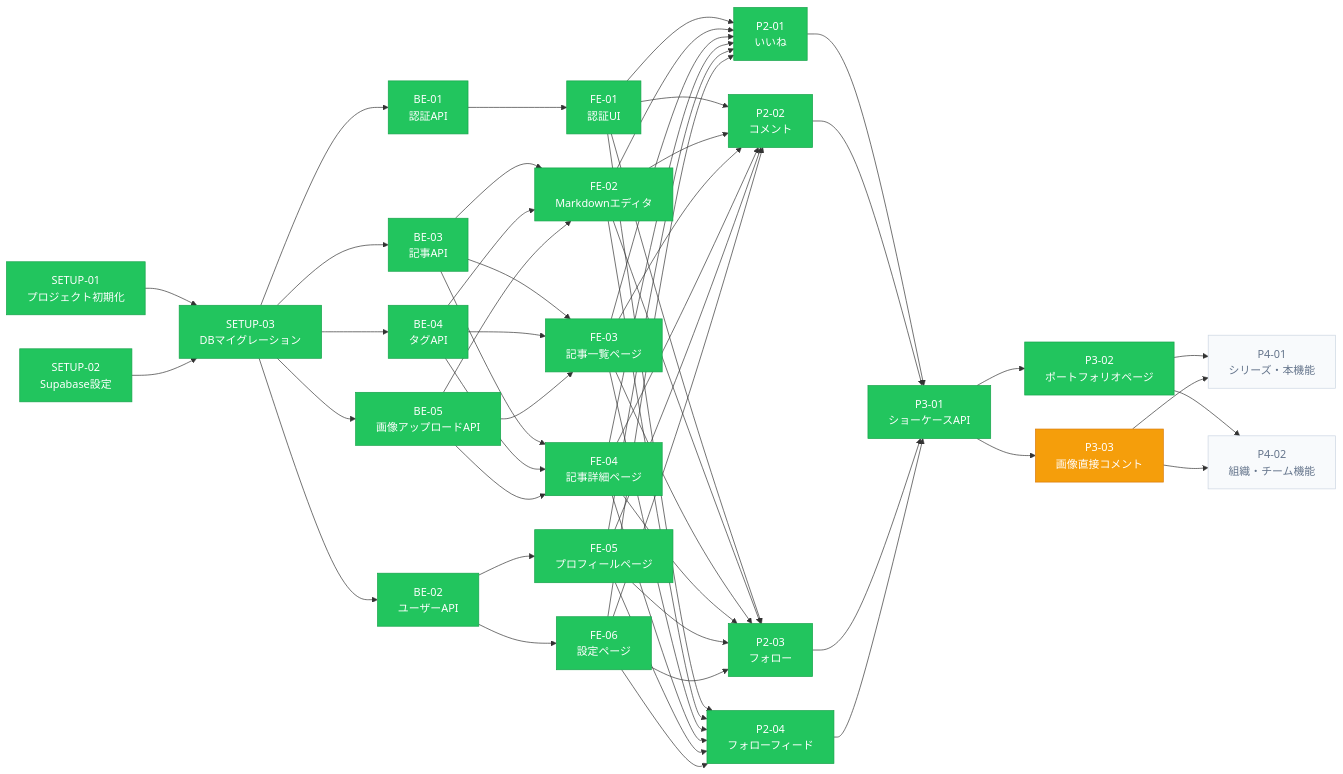
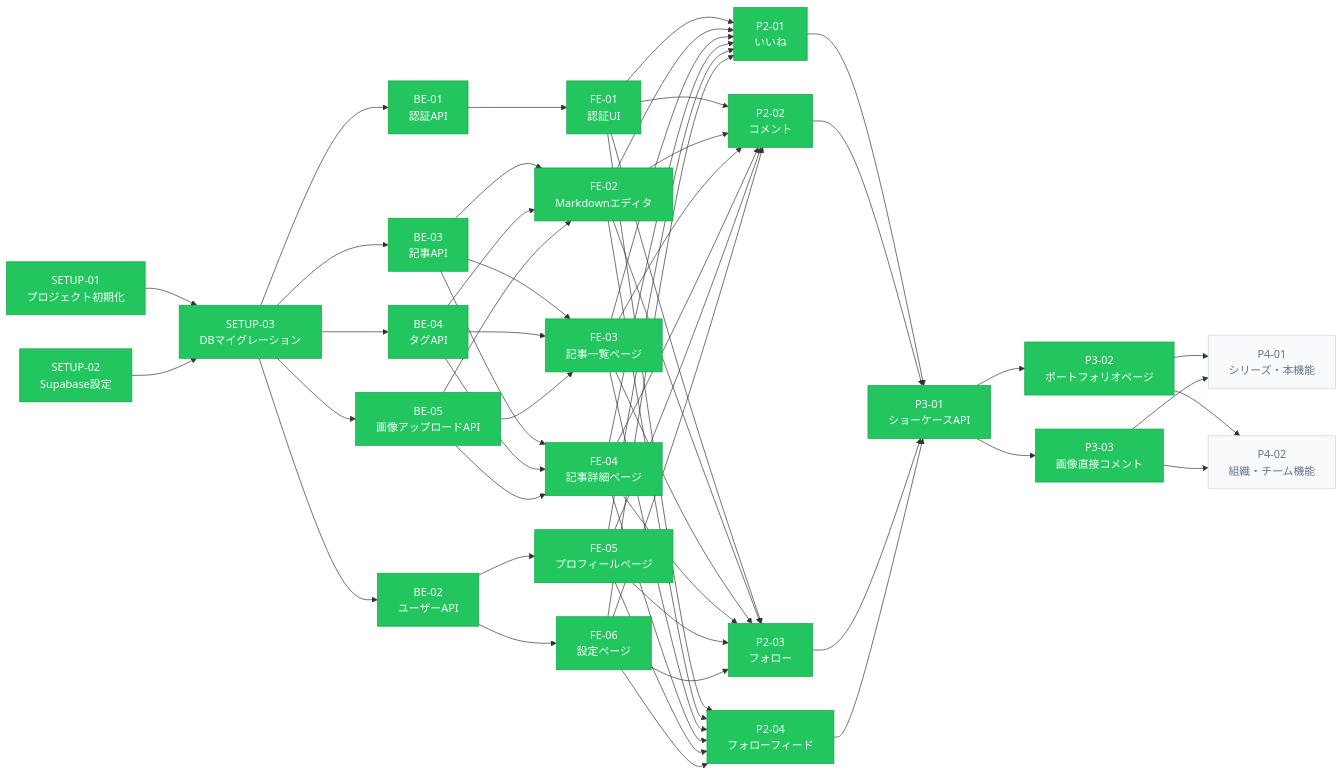
Before and after one commit to eiji0573/creative-platform: the diagram in tickets.md, drawn with Mermaid. The commit also changed other lines of this file and 2 other files, not shown here.

Commit message:
feat(P3-03): 画像直接コメントUI実装 (FE)

````diff
--- a/tickets.md
+++ b/tickets.md
@@ -5,61 +5,60 @@
 ```mermaid
 flowchart LR
     classDef done       fill:#22c55e,color:#fff,stroke:#16a34a
     classDef inProgress fill:#f59e0b,color:#fff,stroke:#d97706
     classDef pending    fill:#f8fafc,color:#64748b,stroke:#cbd5e1
 
     SETUP-01["SETUP-01\nプロジェクト初期化"]
     SETUP-02["SETUP-02\nSupabase設定"]
     SETUP-03["SETUP-03\nDBマイグレーション"]
 
     BE-01["BE-01\n認証API"]
     FE-01["FE-01\n認証UI"]
 
     BE-03["BE-03\n記事API"]
     BE-04["BE-04\nタグAPI"]
     BE-05["BE-05\n画像アップロードAPI"]
     FE-02["FE-02\nMarkdownエディタ"]
     FE-03["FE-03\n記事一覧ページ"]
     FE-04["FE-04\n記事詳細ページ"]
 
     BE-02["BE-02\nユーザーAPI"]
     FE-05["FE-05\nプロフィールページ"]
     FE-06["FE-06\n設定ページ"]
 
     P2-01["P2-01\nいいね"]
     P2-02["P2-02\nコメント"]
     P2-03["P2-03\nフォロー"]
     P2-04["P2-04\nフォローフィード"]
 
     P3-01["P3-01\nショーケースAPI"]
     P3-02["P3-02\nポートフォリオページ"]
     P3-03["P3-03\n画像直接コメント"]
 
     P4-01["P4-01\nシリーズ・本機能"]
     P4-02["P4-02\n組織・チーム機能"]
 
     %% ステップ0
     SETUP-01 --> SETUP-03
     SETUP-02 --> SETUP-03
 
     %% ステップ1（3ストリーム並行）
     SETUP-03 --> BE-01 --> FE-01
     SETUP-03 --> BE-03 & BE-04 & BE-05
     BE-03 & BE-04 & BE-05 --> FE-02 & FE-03 & FE-04
     SETUP-03 --> BE-02 --> FE-05 & FE-06
 
     %% ステップ2（Phase 2並行）
     FE-01 & FE-02 & FE-03 & FE-04 & FE-05 & FE-06 --> P2-01 & P2-02 & P2-03 & P2-04
 
     %% ステップ3（Phase 3）
     P2-01 & P2-02 & P2-03 & P2-04 --> P3-01
     P3-01 --> P3-02 & P3-03
 
     %% ステップ4（Phase 4）
     P3-02 & P3-03 --> P4-01 & P4-02
 
     %% ステータス色（進捗ボードと同期して更新）
-    class SETUP-01,SETUP-02,SETUP-03,BE-01,BE-02,BE-03,BE-04,BE-05,FE-01,FE-02,FE-03,FE-04,FE-05,FE-06,P2-01,P2-02,P2-03,P2-04,P3-01,P3-02 done
+    class SETUP-01,SETUP-02,SETUP-03,BE-01,BE-02,BE-03,BE-04,BE-05,FE-01,FE-02,FE-03,FE-04,FE-05,FE-06,P2-01,P2-02,P2-03,P2-04,P3-01,P3-02,P3-03 done
     class P4-01,P4-02 pending
-    class P3-03 inProgress
 ```
````
